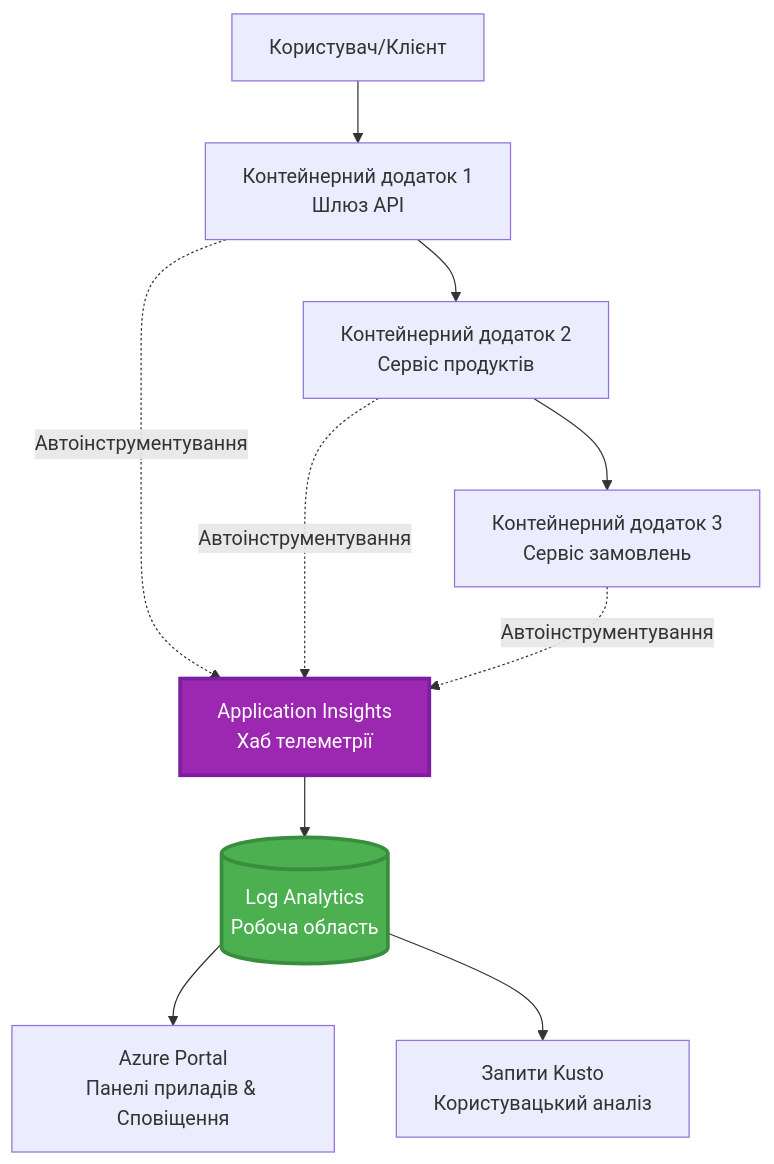
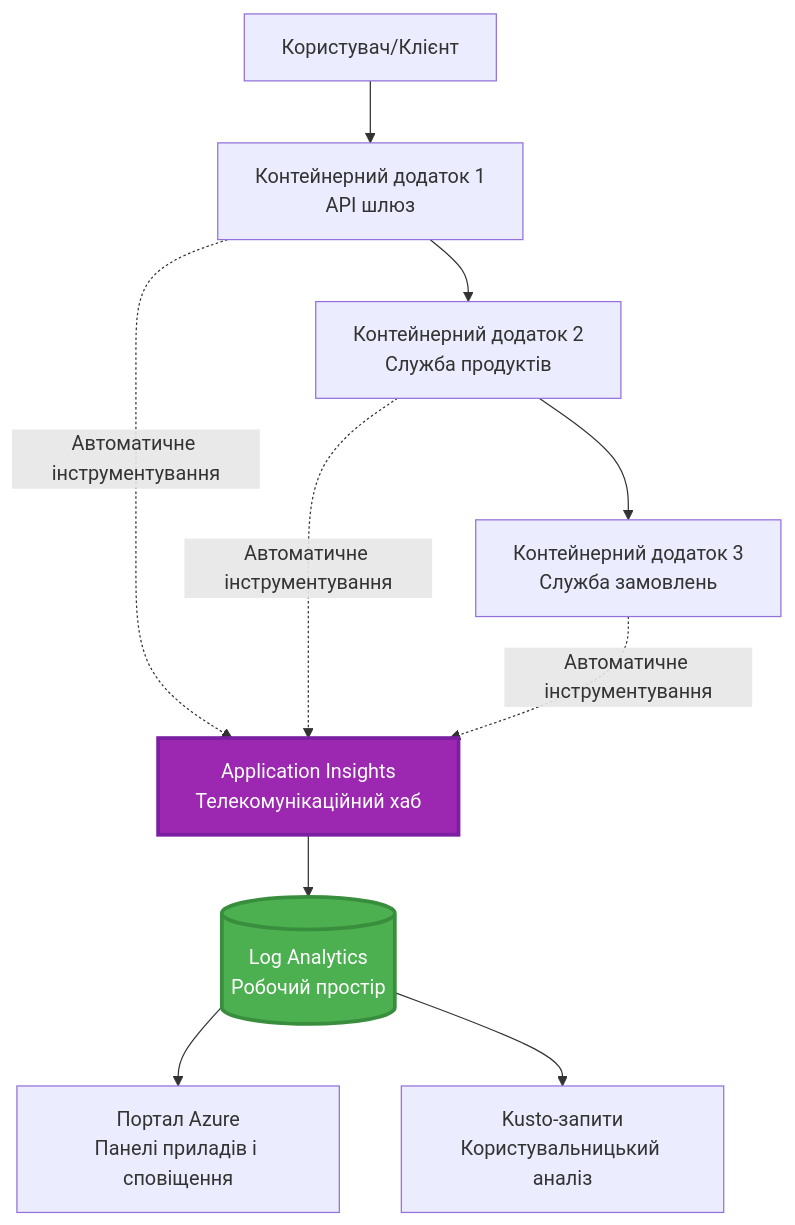
The first of 2 diagrams in translations/uk/docs/chapter-06-pre-deployment/application-insights.md (microsoft/AZD-for-beginners), drawn with Mermaid before and after one commit. The commit also changed other lines of this file and 101 other files, not shown here.

````diff
--- a/translations/uk/docs/chapter-06-pre-deployment/application-insights.md
+++ b/translations/uk/docs/chapter-06-pre-deployment/application-insights.md
@@ -58,28 +58,28 @@
 ```mermaid
 graph TB
     User[Користувач/Клієнт]
-    App1[Контейнерний додаток 1<br/>Шлюз API]
-    App2[Контейнерний додаток 2<br/>Сервіс продуктів]
-    App3[Контейнерний додаток 3<br/>Сервіс замовлень]
+    App1[Контейнерний додаток 1<br/>API шлюз]
+    App2[Контейнерний додаток 2<br/>Служба продуктів]
+    App3[Контейнерний додаток 3<br/>Служба замовлень]
     
-    AppInsights[Application Insights<br/>Хаб телеметрії]
-    LogAnalytics[(Log Analytics<br/>Робоча область)]
+    AppInsights[Application Insights<br/>Телекомунікаційний хаб]
+    LogAnalytics[(Log Analytics<br/>Робочий простір)]
     
-    Portal[Azure Portal<br/>Панелі приладів & Сповіщення]
-    Query[Запити Kusto<br/>Користувацький аналіз]
+    Portal[Портал Azure<br/>Панелі приладів і сповіщення]
+    Query[Kusto-запити<br/>Користувальницький аналіз]
     
     User --> App1
     App1 --> App2
     App2 --> App3
     
-    App1 -.->|Автоінструментування| AppInsights
-    App2 -.->|Автоінструментування| AppInsights
-    App3 -.->|Автоінструментування| AppInsights
+    App1 -.->|Автоматичне інструментування| AppInsights
+    App2 -.->|Автоматичне інструментування| AppInsights
+    App3 -.->|Автоматичне інструментування| AppInsights
     
     AppInsights --> LogAnalytics
     LogAnalytics --> Portal
     LogAnalytics --> Query
     
     style AppInsights fill:#9C27B0,stroke:#7B1FA2,stroke-width:3px,color:#fff
     style LogAnalytics fill:#4CAF50,stroke:#388E3C,stroke-width:3px,color:#fff
 ```
````
